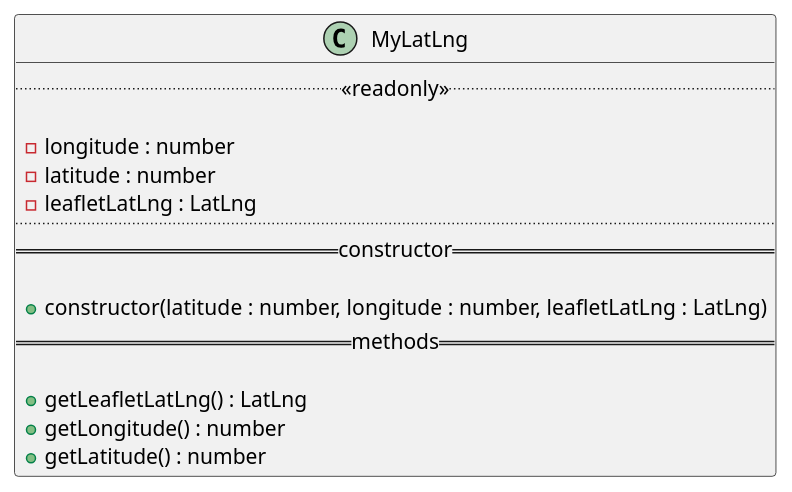
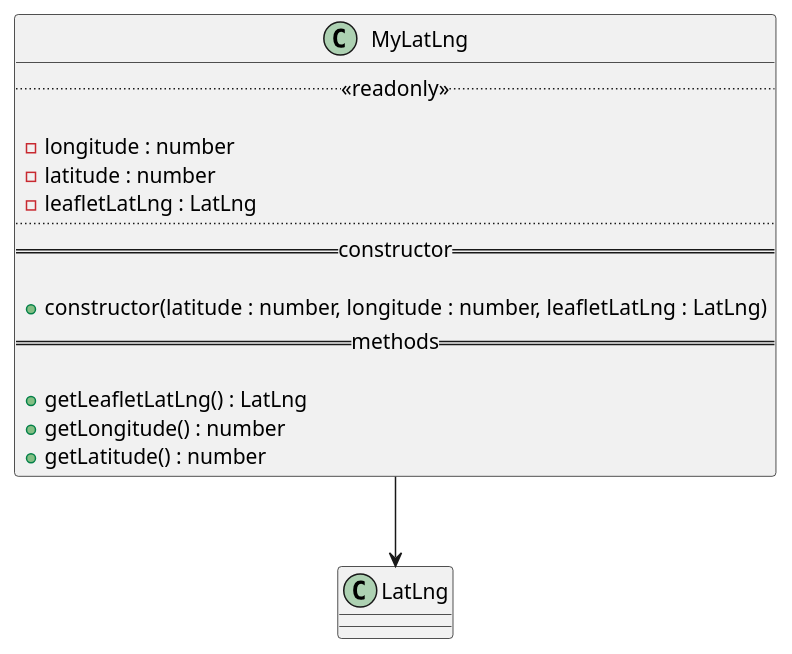
One commit to GruppOne/stalker-web-app changed the diagram in docs/diagrams/classes/Place/MyLatLng.pu. Above: the diagram before and after it, drawn with PlantUML. The commit also changed 12 other files, not shown here.

Commit message:
feat: include all diagrams into class-diagram and design relations

```diff
--- a/docs/diagrams/classes/Place/MyLatLng.pu
+++ b/docs/diagrams/classes/Place/MyLatLng.pu
@@ -1,18 +1,20 @@
 @startuml MyLatLng Diagram
 class MyLatLng {
   ..<<readonly>>..
 
   - longitude : number
   - latitude : number
   - leafletLatLng : LatLng
   ....
   ==constructor==
 
   + constructor(latitude : number, longitude : number, leafletLatLng : LatLng)
   ==methods==
 
   + getLeafletLatLng() : LatLng
   + getLongitude() : number
   + getLatitude() : number
 }
+
+MyLatLng --> LatLng
 @enduml
```
